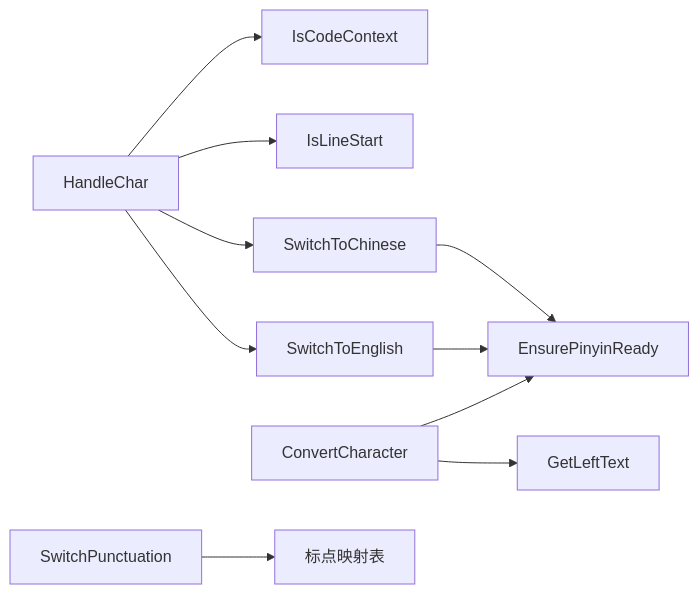
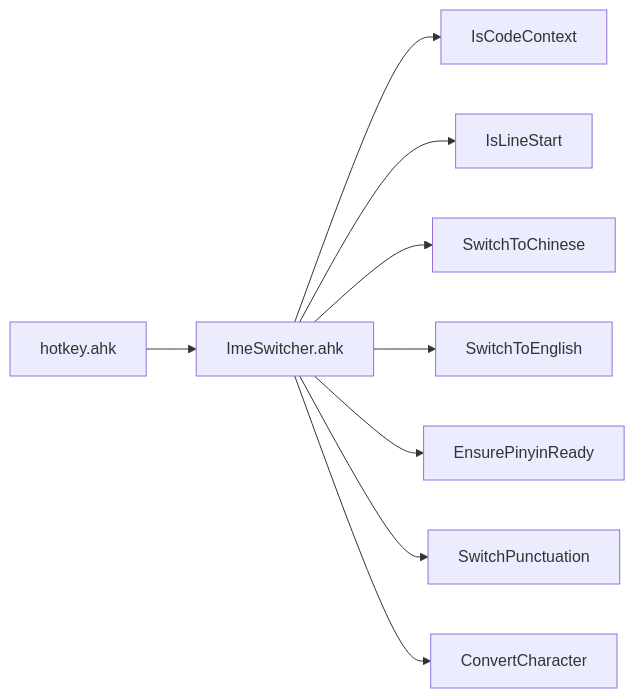
Before and after one commit to wangys-123doit/hotkey: the eighth of 8 diagrams in .qoder/repowiki/zh/content/核心功能/输入法智能切换.md, drawn with Mermaid. The commit also changed other lines of this file and 14 other files, not shown here.

````diff
--- a/.qoder/repowiki/zh/content/核心功能/输入法智能切换.md
+++ b/.qoder/repowiki/zh/content/核心功能/输入法智能切换.md
@@ -276,12 +297,11 @@
 ```mermaid
 graph LR
-HandleChar --> IsCodeContext
-HandleChar --> IsLineStart
-HandleChar --> SwitchToChinese
-HandleChar --> SwitchToEnglish
-SwitchToChinese --> EnsurePinyinReady
-SwitchToEnglish --> EnsurePinyinReady
-ConvertCharacter --> GetLeftText
-ConvertCharacter --> EnsurePinyinReady
-SwitchPunctuation --> Map["标点映射表"]
+hotkey.ahk --> ImeSwitcher.ahk
+ImeSwitcher.ahk --> IsCodeContext
+ImeSwitcher.ahk --> IsLineStart
+ImeSwitcher.ahk --> SwitchToChinese
+ImeSwitcher.ahk --> SwitchToEnglish
+ImeSwitcher.ahk --> EnsurePinyinReady
+ImeSwitcher.ahk --> SwitchPunctuation
+ImeSwitcher.ahk --> ConvertCharacter
 ```
````
